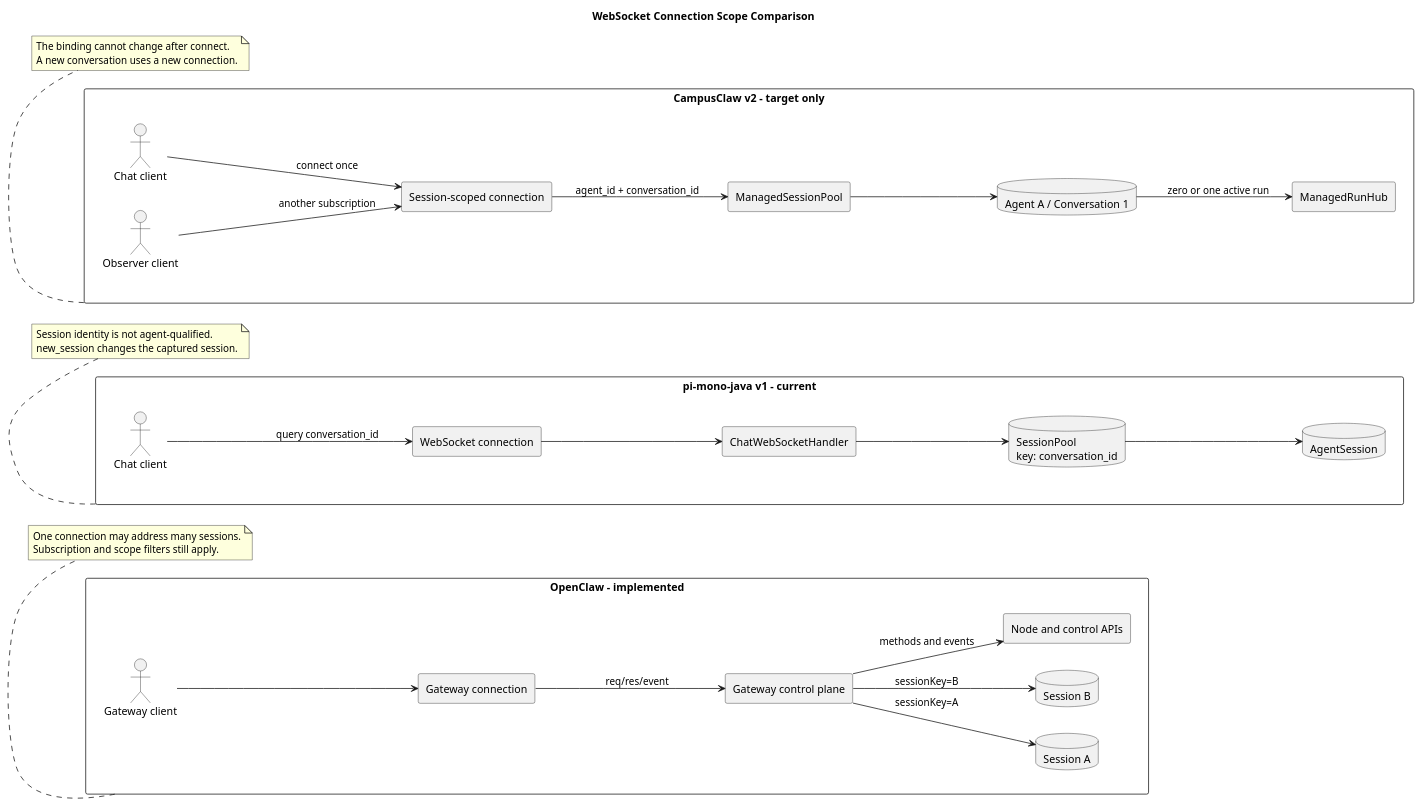
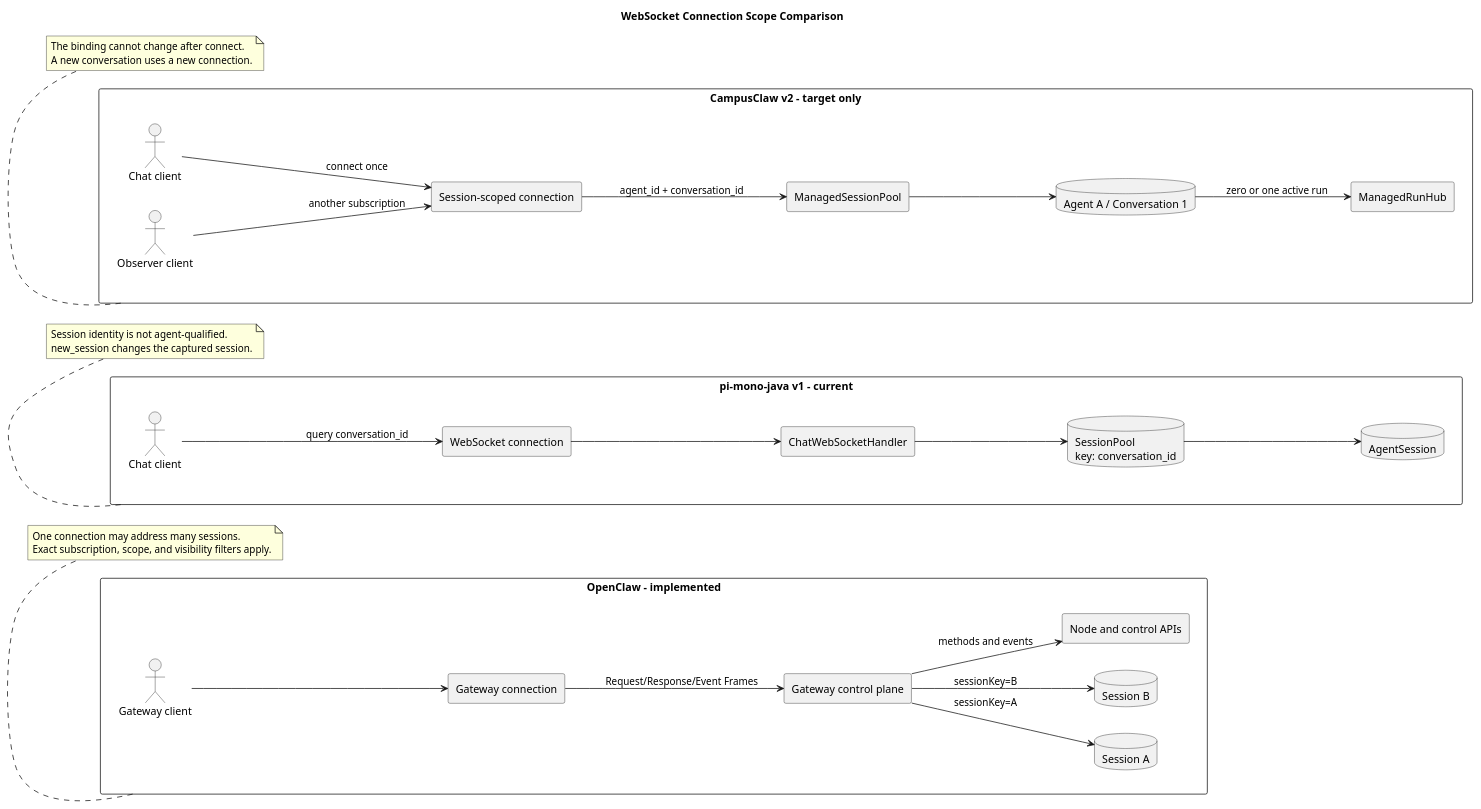
The first of 4 diagrams in openclaw-campusclaw-websocket-comparison/diagram.puml (superheromeZzh/pi-mono-java-design), drawn with PlantUML before and after one commit. The commit also changed other lines of this file and 13 other files, not shown here.

Commit message:
docs(agent): align websocket v2 with OpenClaw v4

```diff
--- a/openclaw-campusclaw-websocket-comparison/diagram.puml
+++ b/openclaw-campusclaw-websocket-comparison/diagram.puml
@@ -1,83 +1,83 @@
 @startuml websocket_connection_scope_comparison
 title WebSocket Connection Scope Comparison
 
-' OpenClaw baseline: 91dca69dae23d3bdeff5aefb8400249a04216039
-' Source: docs/gateway/protocol.md (Gateway protocol, broadcast scope)
+' OpenClaw baseline: b015925bc30f6a8363f290b07d5f8588e21422b8, Gateway Protocol v4
+' Source: docs/gateway/protocol.md (Gateway protocol, exact session subscriptions)
 ' Source: packages/gateway-protocol/src/schema/logs-chat.ts (ChatSendParamsSchema, ChatEventSchema)
 ' Source: src/gateway/server-broadcast.ts (createGatewayBroadcaster)
 ' pi-mono-java baseline: 1f7a5423219edfa4519d8719f1cc8a188ed72873
 ' Source: modules/coding-agent-cli/src/main/java/com/campusclaw/codingagent/mode/server/ServerMode.java (configureRoutes)
 ' Source: modules/coding-agent-cli/src/main/java/com/campusclaw/codingagent/mode/server/ChatWebSocketHandler.java (handle)
 ' Source: modules/coding-agent-cli/src/main/java/com/campusclaw/codingagent/mode/server/SessionPool.java (getOrCreate)
 ' Target source: pi-mono-java-manager-driven-multi-agent-runtime/README.md (WebSocket v2 target)
 ' Target source: pi-mono-java-manager-driven-multi-agent-runtime/chat-ws-v2.asyncapi.yaml
 ' Observed behavior: OpenClaw uses one Gateway connection for requests and events across sessions.
 ' Current Java behavior: one connection captures one AgentSession selected by a query parameter.
 ' Target design: one CampusClaw connection is bound to one agent and conversation after connect.
 ' Design reason: Session scope fixes authorization, model, disclosure, and audit boundaries.
 
 skinparam backgroundColor #FFFFFF
 skinparam shadowing false
 skinparam componentStyle rectangle
 skinparam packageStyle rectangle
 skinparam defaultFontName Arial
 left to right direction
 
 package "OpenClaw - implemented" as openclaw {
   actor "Gateway client" as oc_client
   component "Gateway connection" as oc_conn
   component "Gateway control plane" as oc_gateway
   database "Session A" as oc_session_a
   database "Session B" as oc_session_b
   component "Node and control APIs" as oc_control
 
   oc_client --> oc_conn
-  oc_conn --> oc_gateway : req/res/event
+  oc_conn --> oc_gateway : Request/Response/Event Frames
   oc_gateway --> oc_session_a : sessionKey=A
   oc_gateway --> oc_session_b : sessionKey=B
   oc_gateway --> oc_control : methods and events
 }
 
 package "pi-mono-java v1 - current" as java_v1 {
   actor "Chat client" as java_client
   component "WebSocket connection" as java_conn
   component "ChatWebSocketHandler" as java_handler
   database "AgentSession" as java_session
   database "SessionPool\nkey: conversation_id" as java_pool
 
   java_client --> java_conn : query conversation_id
   java_conn --> java_handler
   java_handler --> java_pool
   java_pool --> java_session
 }
 
 package "CampusClaw v2 - target only" as campus_v2 {
   actor "Chat client" as cc_client
   component "Session-scoped connection" as cc_conn
   component "ManagedSessionPool" as cc_pool
   component "ManagedRunHub" as cc_hub
   database "Agent A / Conversation 1" as cc_session
   actor "Observer client" as cc_observer
 
   cc_client --> cc_conn : connect once
   cc_observer --> cc_conn : another subscription
   cc_conn --> cc_pool : agent_id + conversation_id
   cc_pool --> cc_session
   cc_session --> cc_hub : zero or one active run
 }
 
 note bottom of openclaw
   One connection may address many sessions.
-  Subscription and scope filters still apply.
+  Exact subscription, scope, and visibility filters apply.
 end note
 
 note bottom of java_v1
   Session identity is not agent-qualified.
   new_session changes the captured session.
 end note
 
 note bottom of campus_v2
   The binding cannot change after connect.
   A new conversation uses a new connection.
 end note
 @enduml
```
